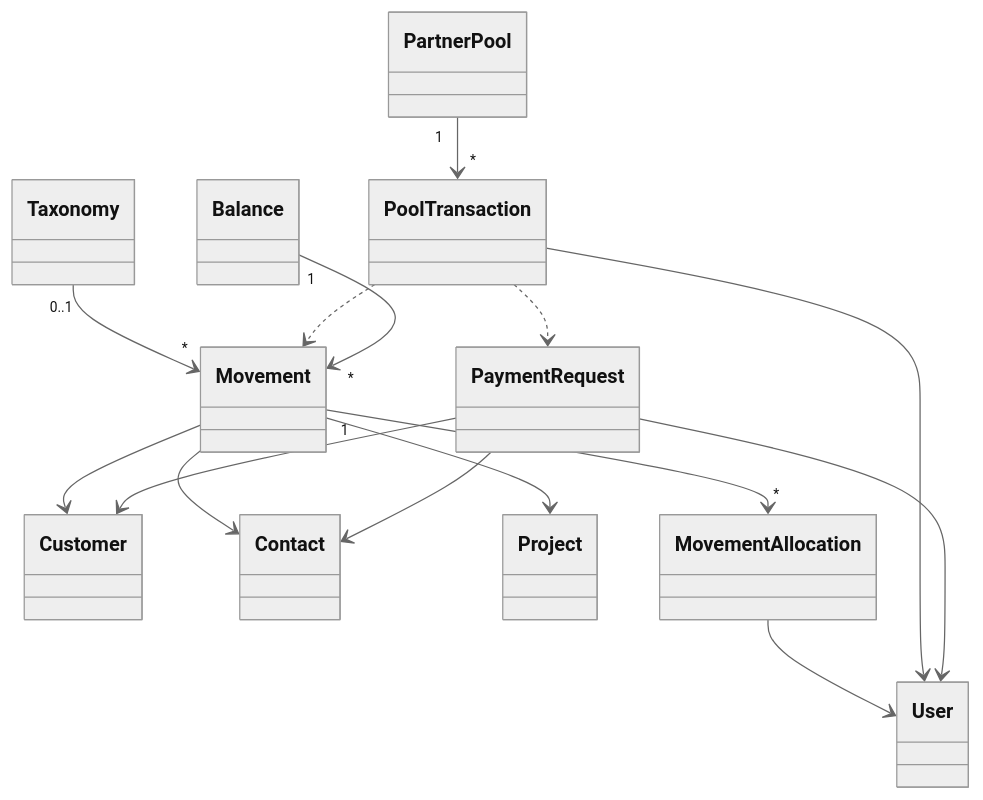
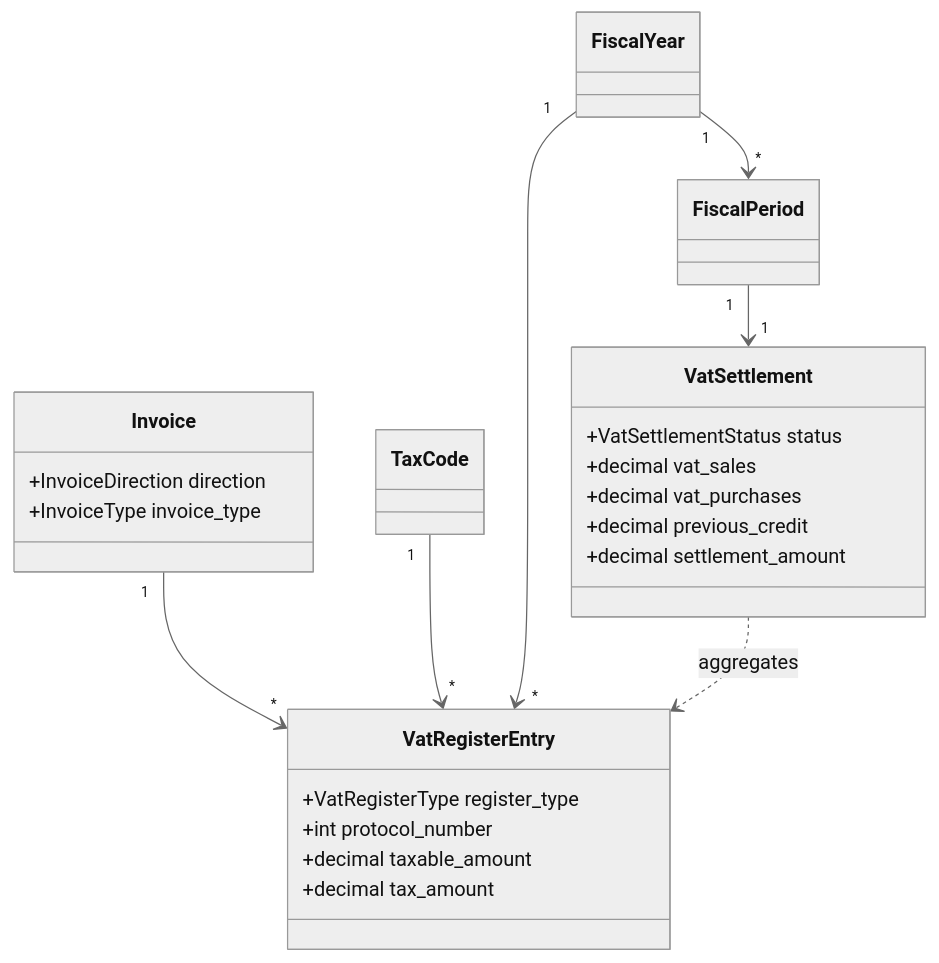
Before and after one commit to swolley/laraplate: the third of 6 diagrams in .cursor/plans/nebula_verso_business_0d6eb0ed.plan.md, drawn with Mermaid (neutral theme). The commit also changed other lines of this file and 12 other files, not shown here.

````diff
--- a/.cursor/plans/nebula_verso_business_0d6eb0ed.plan.md
+++ b/.cursor/plans/nebula_verso_business_0d6eb0ed.plan.md
@@ -679,29 +731,30 @@
 ```mermaid
 classDiagram
   direction TB
-  class User
-  class Customer
-  class Contact
-  class Project
-  class Taxonomy
-  class Movement
-  class MovementAllocation
-  class PartnerPool
-  class PoolTransaction
-  class Balance
-  class PaymentRequest
-  Taxonomy "0..1" --> "*" Movement
-  Movement --> Customer
-  Movement --> Contact
-  Movement --> Project
-  Movement "1" --> "*" MovementAllocation
-  MovementAllocation --> User
-  PartnerPool "1" --> "*" PoolTransaction
-  PoolTransaction --> User
-  PoolTransaction ..> Movement
-  PoolTransaction ..> PaymentRequest
-  Balance "1" --> "*" Movement
-  PaymentRequest --> Customer
-  PaymentRequest --> Contact
-  PaymentRequest --> User
+  class Invoice {
+    +InvoiceDirection direction
+    +InvoiceType invoice_type
+  }
+  class TaxCode
+  class FiscalYear
+  class FiscalPeriod
+  class VatRegisterEntry {
+    +VatRegisterType register_type
+    +int protocol_number
+    +decimal taxable_amount
+    +decimal tax_amount
+  }
+  class VatSettlement {
+    +VatSettlementStatus status
+    +decimal vat_sales
+    +decimal vat_purchases
+    +decimal previous_credit
+    +decimal settlement_amount
+  }
+  Invoice "1" --> "*" VatRegisterEntry
+  TaxCode "1" --> "*" VatRegisterEntry
+  FiscalYear "1" --> "*" VatRegisterEntry
+  FiscalYear "1" --> "*" FiscalPeriod
+  FiscalPeriod "1" --> "1" VatSettlement
+  VatSettlement ..> VatRegisterEntry : aggregates
 ```
````
